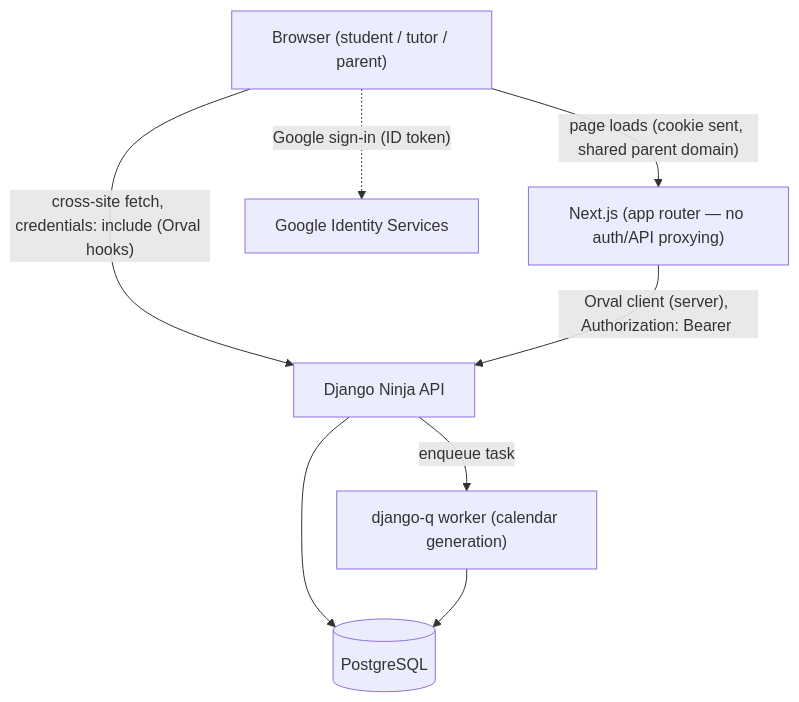
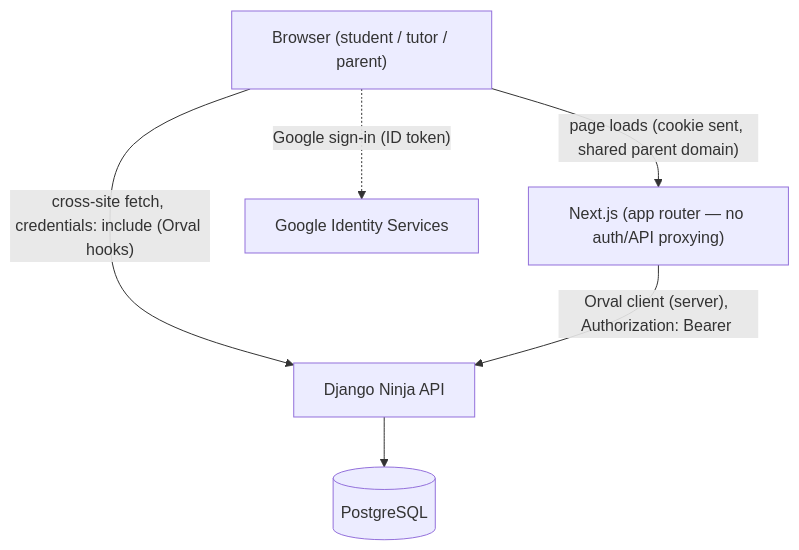
One commit to StabRise/school-ahead changed the diagram in docs/architecture/00-overview.md. Above: the diagram before and after it, drawn with Mermaid. The commit also changed other lines of this file and 29 other files, not shown here.

````diff
--- a/docs/architecture/00-overview.md
+++ b/docs/architecture/00-overview.md
@@ -7,17 +7,14 @@
 ```mermaid
 graph TB
     Browser["Browser (student / tutor / parent)"]
     Next["Next.js (app router — no auth/API proxying)"]
     Django["Django Ninja API"]
     PG[("PostgreSQL")]
     Google["Google Identity Services"]
-    Q["django-q worker (calendar generation)"]
 
     Browser -->|"page loads (cookie sent, shared parent domain)"| Next
     Browser -->|"cross-site fetch, credentials: include (Orval hooks)"| Django
     Next -->|"Orval client (server), Authorization: Bearer <token from cookie>"| Django
     Browser -.->|"Google sign-in (ID token)"| Google
     Django --> PG
-    Django -->|"enqueue task"| Q
-    Q --> PG
 ```
````
